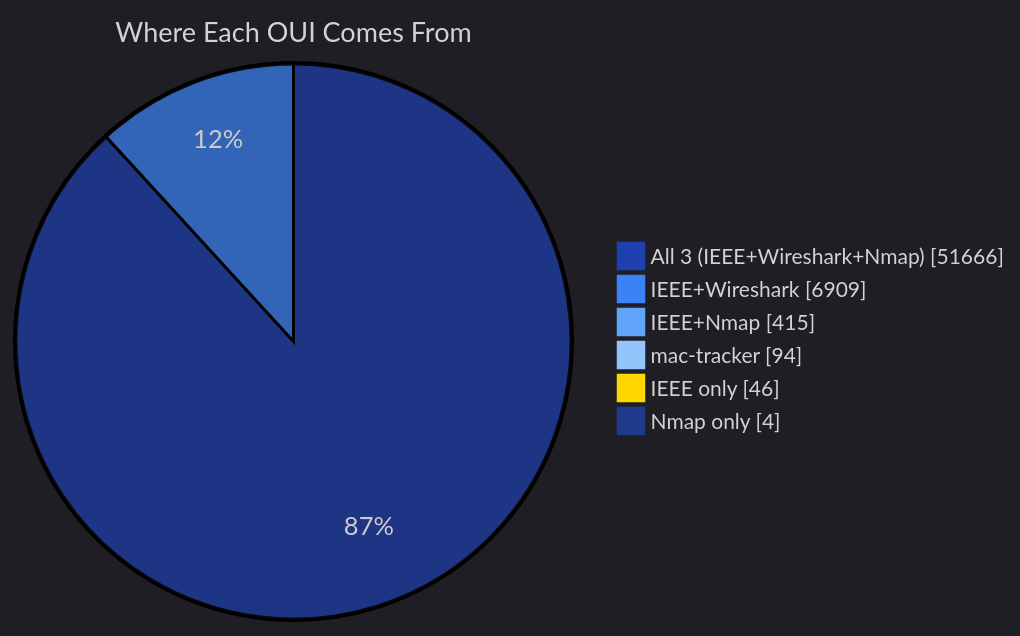
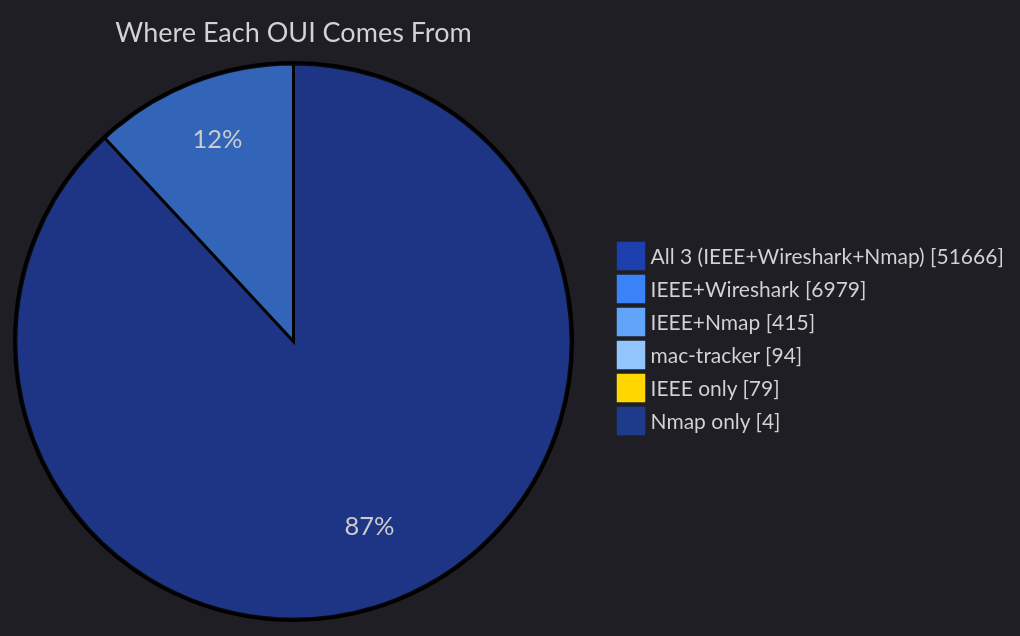
Before and after one commit to zqf20096327/dbhub_collect: the second of 5 diagrams in data/readmes/Ringmast4r__OUI-Master-Database.md, drawn with Mermaid. The commit also changed other lines of this file and 816 other files, not shown here.

````diff
--- a/data/readmes/Ringmast4r__OUI-Master-Database.md
+++ b/data/readmes/Ringmast4r__OUI-Master-Database.md
@@ -97,11 +97,11 @@
 ```mermaid
 %%{init: {'theme':'dark', 'themeVariables': {'pie1':'#1E40AF','pie2':'#3B82F6','pie3':'#60A5FA','pie4':'#93C5FD','pie5':'#FFD700','pie6':'#1E3A8A','pieTitleTextSize':'18px','pieLegendTextSize':'14px'}}}%%
 pie showData
     title Where Each OUI Comes From
     "All 3 (IEEE+Wireshark+Nmap)" : 51666
-    "IEEE+Wireshark" : 6909
+    "IEEE+Wireshark" : 6979
     "IEEE+Nmap" : 415
     "mac-tracker" : 94
-    "IEEE only" : 46
+    "IEEE only" : 79
     "Nmap only" : 4
 ```
````
